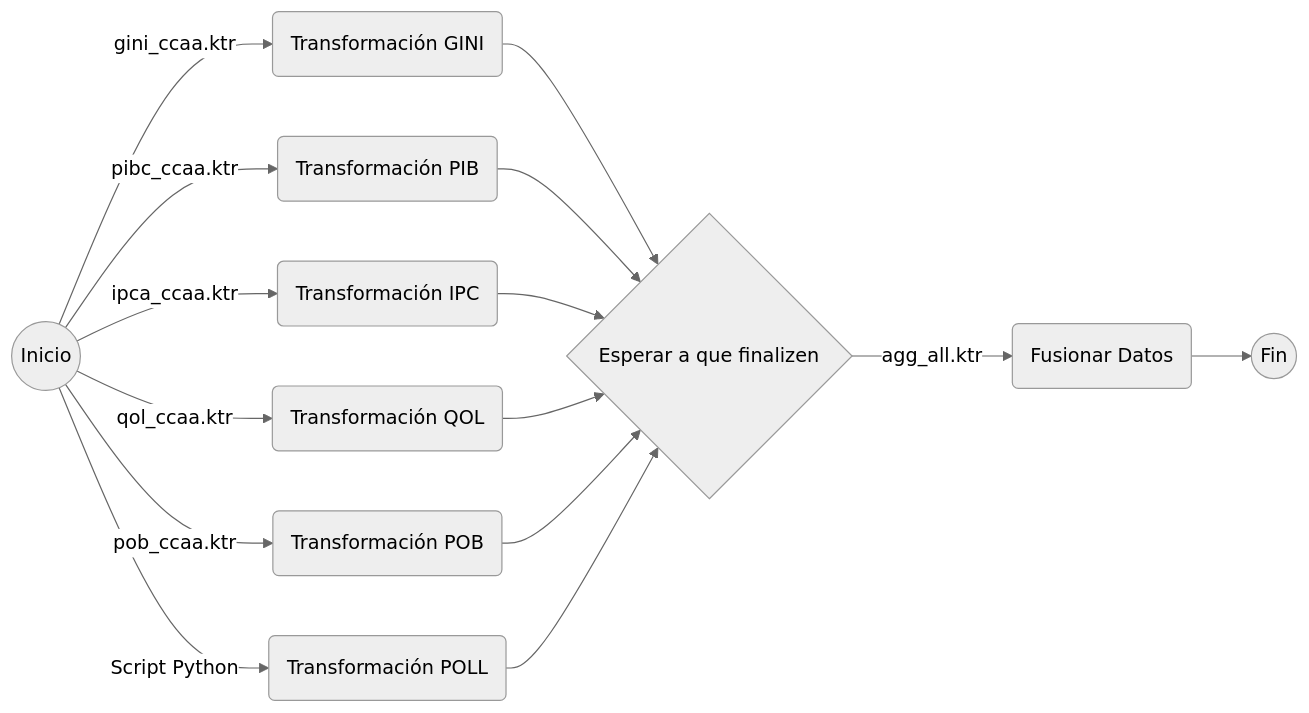
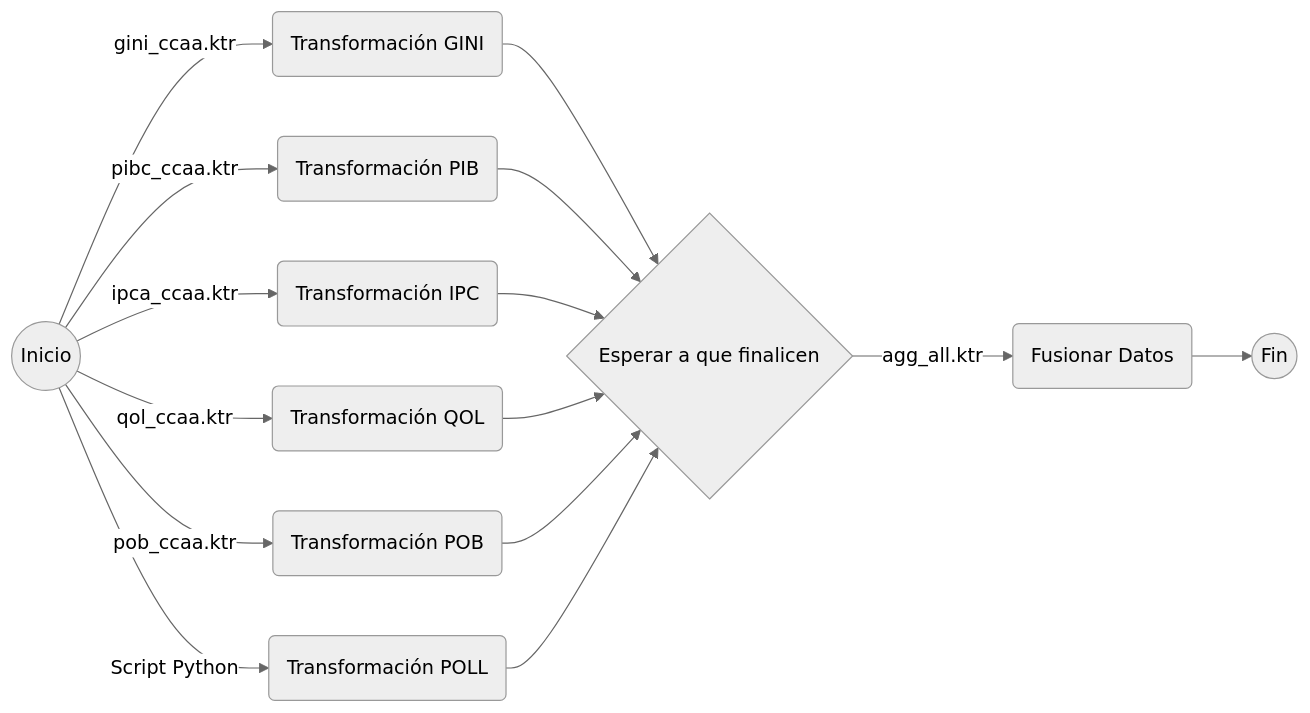
Before and after one commit to Stefano-UA/QOL_Study: the first of 2 diagrams in README.md, drawn with Mermaid (neutral theme). The commit also changed other lines of this file, not shown here.

````diff
--- a/README.md
+++ b/README.md
@@ -212,17 +212,17 @@
 ```mermaid
 graph LR;
     start((Inicio)) -- gini_ccaa.ktr --> gini;
-	start -- pibc_ccaa.ktr --> pib;
+    start -- pibc_ccaa.ktr --> pib;
     start -- ipca_ccaa.ktr --> ipc;
-	start -- qol_ccaa.ktr --> qol;
+    start -- qol_ccaa.ktr --> qol;
     start -- pob_ccaa.ktr --> pob;
     start -- Script Python --> poll;
     gini(Transformación GINI) --> wait;
-	pib(Transformación PIB) --> wait;
+    pib(Transformación PIB) --> wait;
     ipc(Transformación IPC) --> wait;
-	qol(Transformación QOL) --> wait;
+    qol(Transformación QOL) --> wait;
     pob(Transformación POB) --> wait;
     poll(Transformación POLL) --> wait;
-    wait{Esperar a que finalizen} -- agg_all.ktr --> merge;
+    wait{Esperar a que finalicen} -- agg_all.ktr --> merge;
     merge(Fusionar Datos) --> success((Fin));
 ```
````
